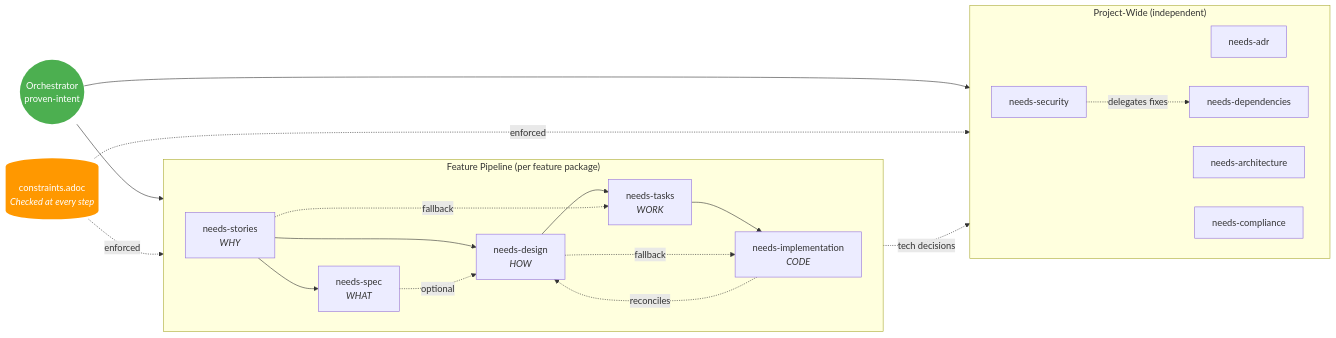
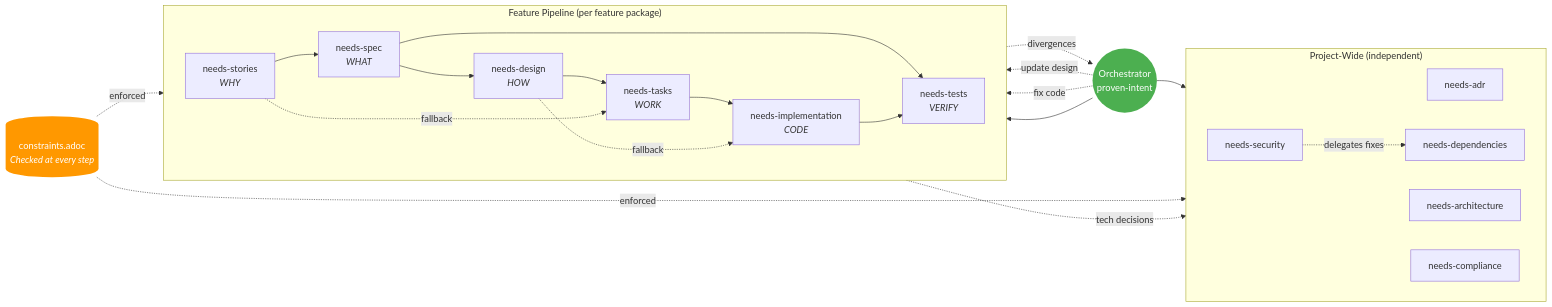
The second of 2 diagrams in README.md (provenimpact/proven-needs), drawn with Mermaid before and after one commit. The commit also changed other lines of this file and 11 other files, not shown here.

First line of the commit message:
feat: add needs-tests capability and fix workflow logic gaps

````diff
--- a/README.md
+++ b/README.md
@@ -54,41 +54,45 @@
 ```mermaid
 flowchart LR
     subgraph feature ["Feature Pipeline (per feature package)"]
         direction LR
         STORIES["needs-stories<br/><i>WHY</i>"]
         SPEC["needs-spec<br/><i>WHAT</i>"]
         DESIGN["needs-design<br/><i>HOW</i>"]
         TASKS["needs-tasks<br/><i>WORK</i>"]
         IMPL["needs-implementation<br/><i>CODE</i>"]
+        TESTS["needs-tests<br/><i>VERIFY</i>"]
 
         STORIES --> SPEC
-        STORIES --> DESIGN
-        SPEC -.->|optional| DESIGN
+        SPEC --> DESIGN
         DESIGN --> TASKS
         STORIES -.->|fallback| TASKS
         TASKS --> IMPL
         DESIGN -.->|fallback| IMPL
+        SPEC --> TESTS
+        IMPL --> TESTS
     end
 
     subgraph project ["Project-Wide (independent)"]
         direction LR
         ADR["needs-adr"]
         ARCH["needs-architecture"]
         DEPS["needs-dependencies"]
         SEC["needs-security"]
         COMP["needs-compliance"]
     end
 
     INTENT((Orchestrator<br/>proven-intent)) --> feature
     INTENT --> project
 
     DESIGN -.->|tech decisions| ADR
     SEC -.->|delegates fixes| DEPS
-    IMPL -.->|reconciles| DESIGN
+    IMPL -.->|divergences| INTENT
+    INTENT -.->|update design| DESIGN
+    INTENT -.->|fix code| IMPL
 
     CONSTRAINTS[("constraints.adoc<br/><i>Checked at every step</i>")] -.->|enforced| feature
     CONSTRAINTS -.->|enforced| project
 
     style INTENT fill:#4CAF50,color:#fff,stroke:none
     style CONSTRAINTS fill:#FF9800,color:#fff,stroke:none
 ```
````
